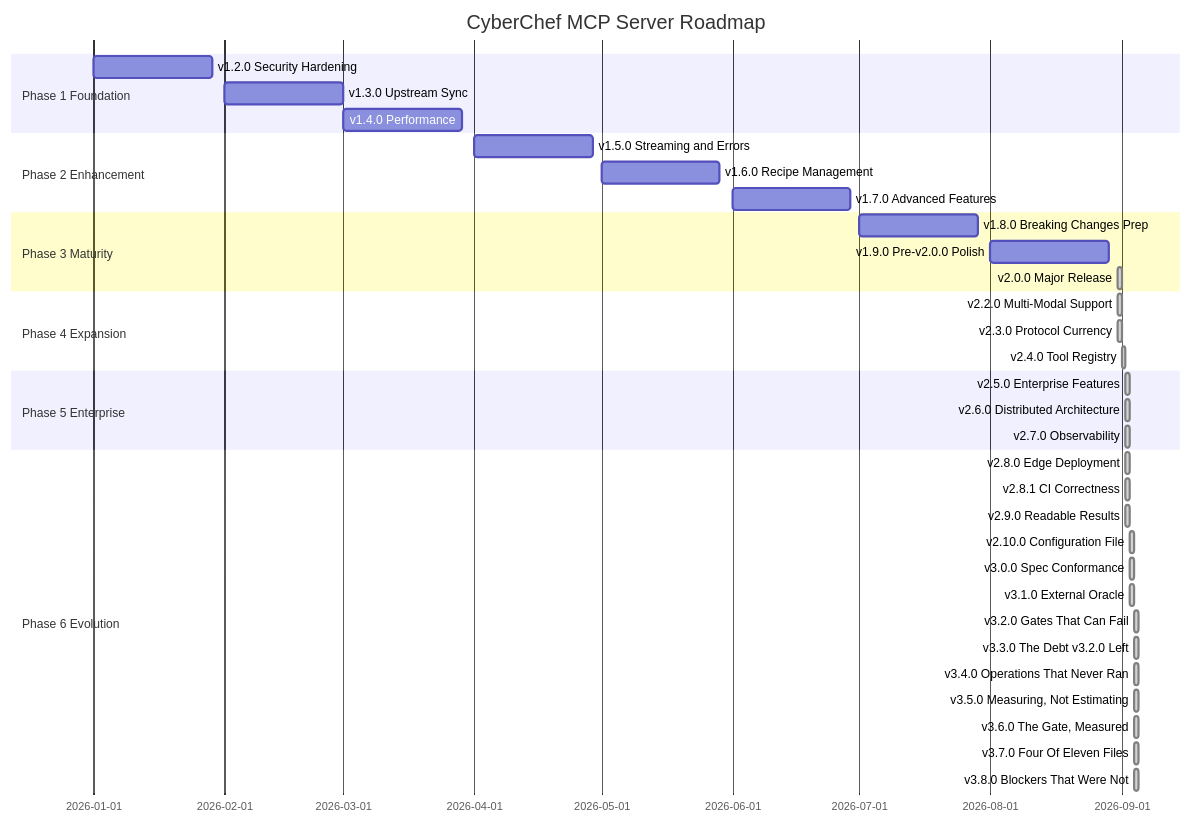
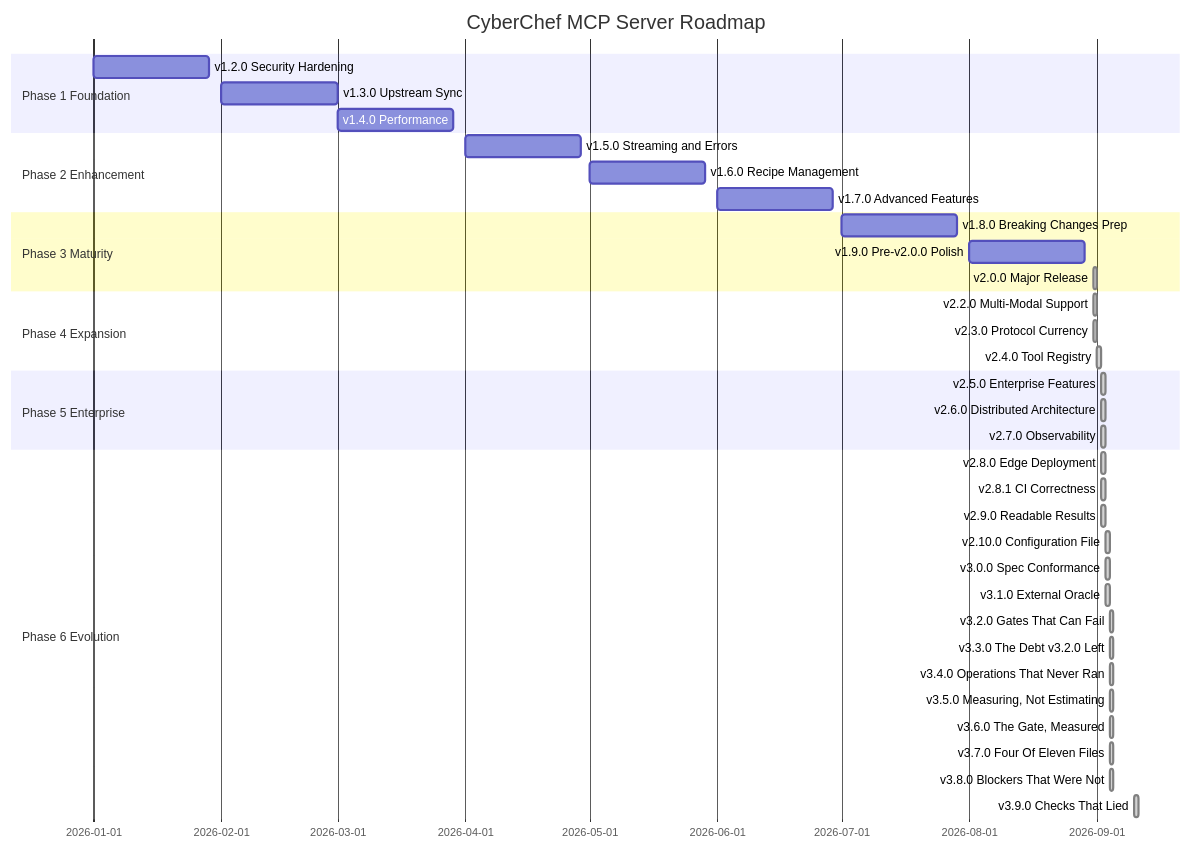
The diagram in docs/planning/ROADMAP.md (doublegate/CyberChef-MCP), drawn with Mermaid before and after one commit. The commit also changed other lines of this file and 9 other files, not shown here.

````diff
--- a/docs/planning/ROADMAP.md
+++ b/docs/planning/ROADMAP.md
@@ -67,39 +67,40 @@
 ```mermaid
 gantt
     title CyberChef MCP Server Roadmap
     dateFormat YYYY-MM-DD
     section Phase 1 Foundation
     v1.2.0 Security Hardening           :2026-01-01, 4w
     v1.3.0 Upstream Sync                :2026-02-01, 4w
     v1.4.0 Performance                  :2026-03-01, 4w
     section Phase 2 Enhancement
     v1.5.0 Streaming and Errors         :2026-04-01, 4w
     v1.6.0 Recipe Management            :2026-05-01, 4w
     v1.7.0 Advanced Features            :2026-06-01, 4w
     section Phase 3 Maturity
     v1.8.0 Breaking Changes Prep        :2026-07-01, 4w
     v1.9.0 Pre-v2.0.0 Polish            :2026-08-01, 4w
     v2.0.0 Major Release                :done, 2026-08-31, 1d
     section Phase 4 Expansion
     v2.2.0 Multi-Modal Support          :done, 2026-08-31, 1d
     v2.3.0 Protocol Currency            :done, 2026-08-31, 1d
     v2.4.0 Tool Registry                :done, 2026-09-01, 1d
     section Phase 5 Enterprise
     v2.5.0 Enterprise Features          :done, 2026-09-02, 1d
     v2.6.0 Distributed Architecture     :done, 2026-09-02, 1d
     v2.7.0 Observability                :done, 2026-09-02, 1d
     section Phase 6 Evolution
     v2.8.0 Edge Deployment              :done, 2026-09-02, 1d
     v2.8.1 CI Correctness               :done, 2026-09-02, 1d
     v2.9.0 Readable Results             :done, 2026-09-02, 1d
     v2.10.0 Configuration File          :done, 2026-09-03, 1d
     v3.0.0 Spec Conformance             :done, 2026-09-03, 1d
     v3.1.0 External Oracle              :done, 2026-09-03, 1d
     v3.2.0 Gates That Can Fail          :done, 2026-09-04, 1d
     v3.3.0 The Debt v3.2.0 Left         :done, 2026-09-04, 1d
     v3.4.0 Operations That Never Ran    :done, 2026-09-04, 1d
     v3.5.0 Measuring, Not Estimating    :done, 2026-09-04, 1d
     v3.6.0 The Gate, Measured          :done, 2026-09-04, 1d
     v3.7.0 Four Of Eleven Files        :done, 2026-09-04, 1d
     v3.8.0 Blockers That Were Not      :done, 2026-09-04, 1d
+    v3.9.0 Checks That Lied            :done, 2026-09-10, 1d
 ```
````
